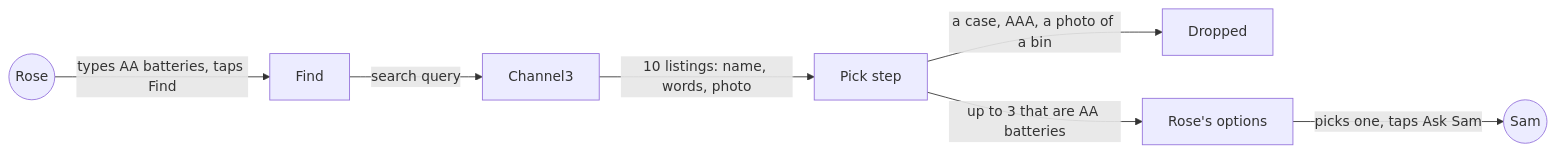
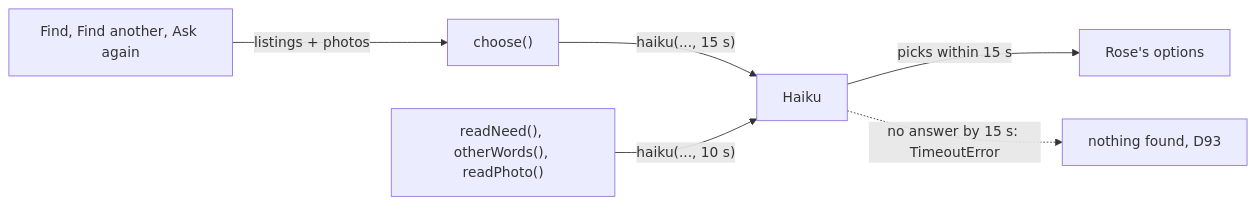
One commit to dzaffren/kincart changed the first of 2 diagrams in docs/specs/picks-that-match.md. Above: the diagram before and after it, drawn with Mermaid. The commit also changed other lines of this file and 10 other files, not shown here.

````diff
--- a/docs/specs/picks-that-match.md
+++ b/docs/specs/picks-that-match.md
@@ -34,9 +29,8 @@
 ```mermaid
 flowchart LR
-    R((Rose)) -- "types AA batteries, taps Find" --> F[Find]
-    F -- "search query" --> C3[Channel3]
-    C3 -- "10 listings: name, words, photo" --> P[Pick step]
-    P -- "a case, AAA, a photo of a bin" --> X[Dropped]
-    P -- "up to 3 that are AA batteries" --> O[Rose's options]
-    O -- "picks one, taps Ask Sam" --> S((Sam))
+    F[Find, Find another, Ask again] -- listings + photos --> C["choose()"]
+    C -- "haiku(..., 15 s)" --> H[Haiku]
+    H -- picks within 15 s --> O[Rose's options]
+    H -. "no answer by 15 s: TimeoutError" .-> N[nothing found, D93]
+    R["readNeed(), otherWords(), readPhoto()"] -- "haiku(..., 10 s)" --> H
 ```
````
